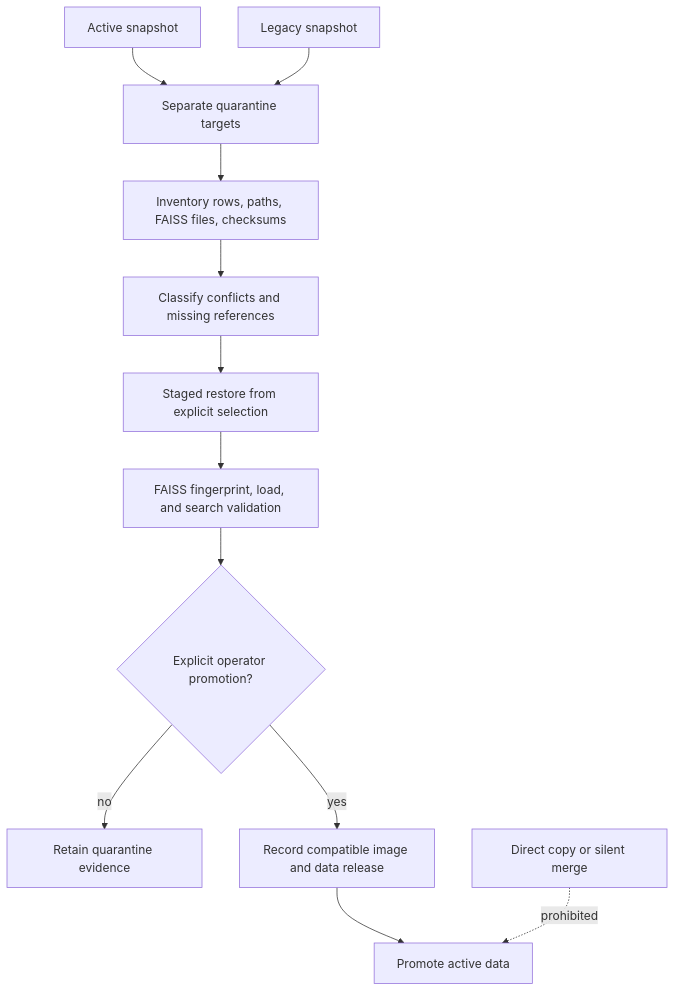
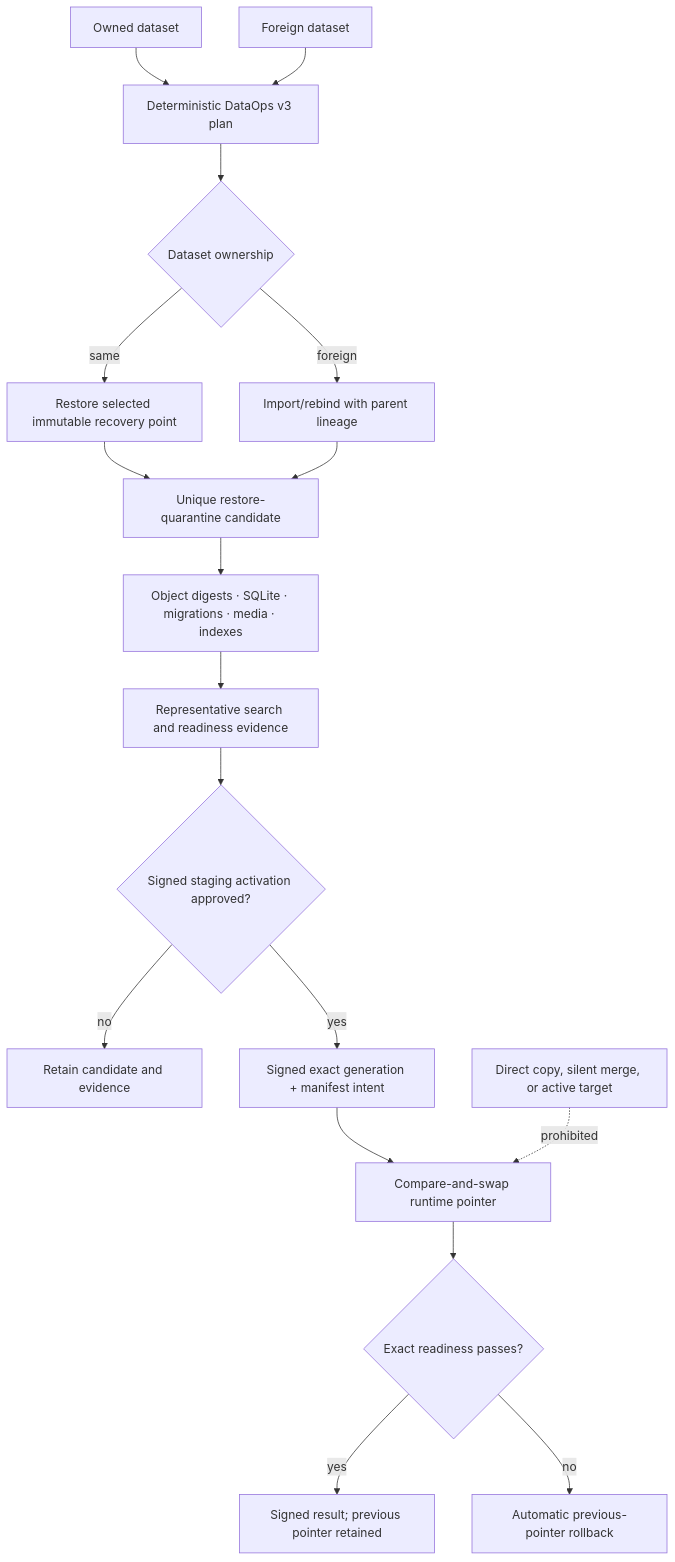
Before and after one commit to Nimble-esolutions/PdfSearch: the diagram in docs/diagrams/data-custody-promotion.mmd, drawn with Mermaid. The commit also changed 51 other files, not shown here.

Commit message:
docs: reconcile DataOps and VaultOps architecture truth

```diff
--- a/docs/diagrams/data-custody-promotion.mmd
+++ b/docs/diagrams/data-custody-promotion.mmd
@@ -1,12 +1,18 @@
 flowchart TD
-    active["Active snapshot"] --> quarantine["Separate quarantine targets"]
-    legacy["Legacy snapshot"] --> quarantine
-    quarantine --> inventory["Inventory rows, paths, FAISS files, checksums"]
-    inventory --> classify["Classify conflicts and missing references"]
-    classify --> staged["Staged restore from explicit selection"]
-    staged --> faiss["FAISS fingerprint, load, and search validation"]
-    faiss --> decision{"Explicit operator promotion?"}
-    decision -- "no" --> retain["Retain quarantine evidence"]
-    decision -- "yes" --> release["Record compatible image and data release"]
-    release --> active2["Promote active data"]
-    direct["Direct copy or silent merge"] -. "prohibited" .-> active2
+    local["Owned dataset"] --> plan["Deterministic DataOps v3 plan"]
+    foreign["Foreign dataset"] --> plan
+    plan --> route{"Dataset ownership"}
+    route -- "same" --> restore["Restore selected immutable recovery point"]
+    route -- "foreign" --> rebind["Import/rebind with parent lineage"]
+    restore --> quarantine["Unique restore-quarantine candidate"]
+    rebind --> quarantine
+    quarantine --> verify["Object digests · SQLite · migrations · media · indexes"]
+    verify --> search["Representative search and readiness evidence"]
+    search --> decision{"Signed staging activation approved?"}
+    decision -- "no" --> retain["Retain candidate and evidence"]
+    decision -- "yes" --> intent["Signed exact generation + manifest intent"]
+    intent --> pointer["Compare-and-swap runtime pointer"]
+    pointer --> ready{"Exact readiness passes?"}
+    ready -- "yes" --> receipt["Signed result; previous pointer retained"]
+    ready -- "no" --> rollback["Automatic previous-pointer rollback"]
+    direct["Direct copy, silent merge, or active target"] -. "prohibited" .-> pointer
```
